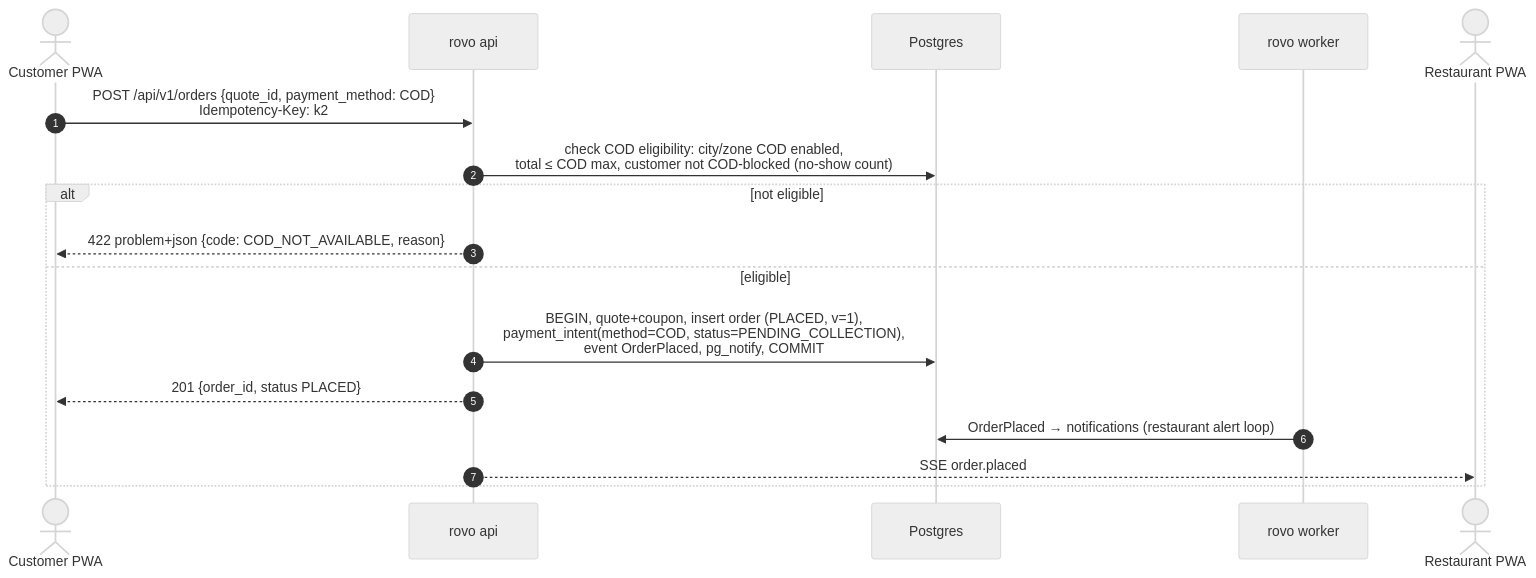
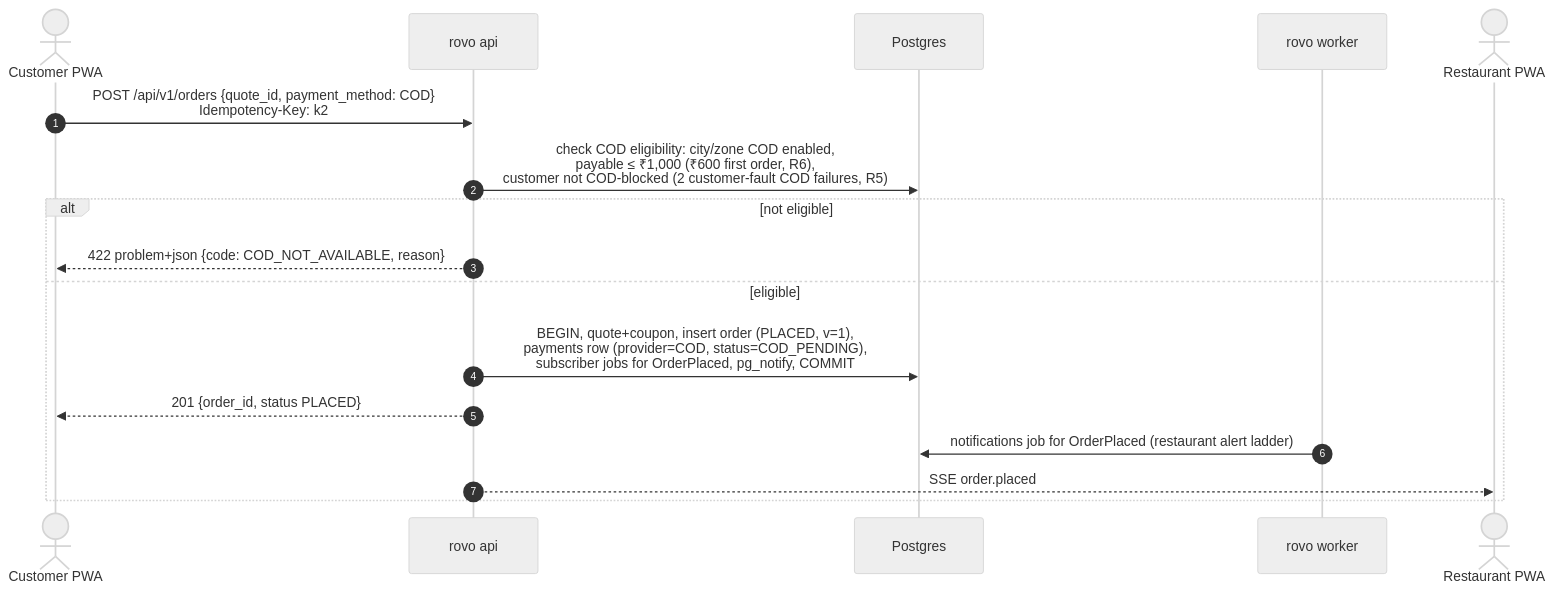
The sixth of 11 diagrams in docs/planning/08-system-architecture.md (storetmobiles2-code/rovo), drawn with Mermaid (neutral theme) before and after one commit. The commit also changed other lines of this file and 4 other files, not shown here.

````diff
--- a/docs/planning/08-system-architecture.md
+++ b/docs/planning/08-system-architecture.md
@@ -476,20 +486,20 @@
 ```mermaid
 sequenceDiagram
     autonumber
     actor C as Customer PWA
     participant API as rovo api
     participant PG as Postgres
     participant W as rovo worker
     actor R as Restaurant PWA
 
     C->>API: POST /api/v1/orders {quote_id, payment_method: COD}<br/>Idempotency-Key: k2
-    API->>PG: check COD eligibility: city/zone COD enabled,<br/>total ≤ COD max, customer not COD-blocked (no-show count)
+    API->>PG: check COD eligibility: city/zone COD enabled,<br/>payable ≤ ₹1,000 (₹600 first order, R6),<br/>customer not COD-blocked (2 customer-fault COD failures, R5)
     alt not eligible
         API-->>C: 422 problem+json {code: COD_NOT_AVAILABLE, reason}
     else eligible
-        API->>PG: BEGIN, quote+coupon, insert order (PLACED, v=1),<br/>payment_intent(method=COD, status=PENDING_COLLECTION),<br/>event OrderPlaced, pg_notify, COMMIT
+        API->>PG: BEGIN, quote+coupon, insert order (PLACED, v=1),<br/>payments row (provider=COD, status=COD_PENDING),<br/>subscriber jobs for OrderPlaced, pg_notify, COMMIT
         API-->>C: 201 {order_id, status PLACED}
-        W->>PG: OrderPlaced → notifications (restaurant alert loop)
+        W->>PG: notifications job for OrderPlaced (restaurant alert ladder)
         API-->>R: SSE order.placed
     end
 ```
````
